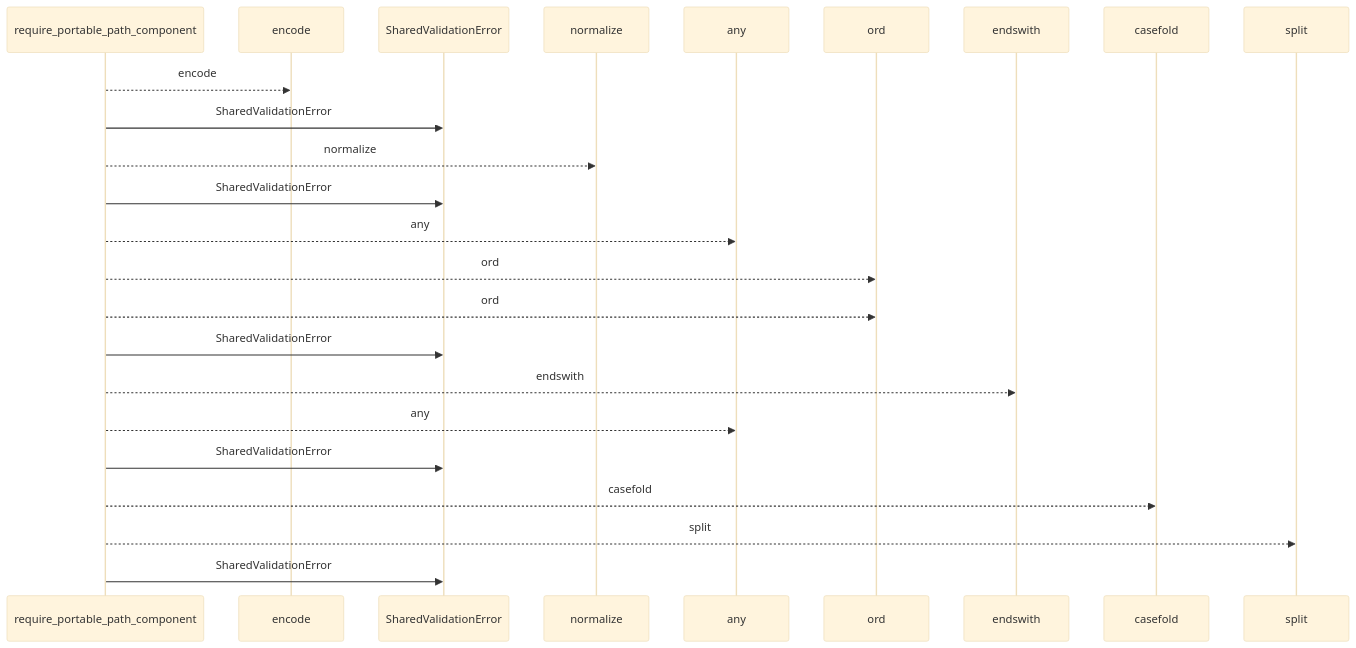
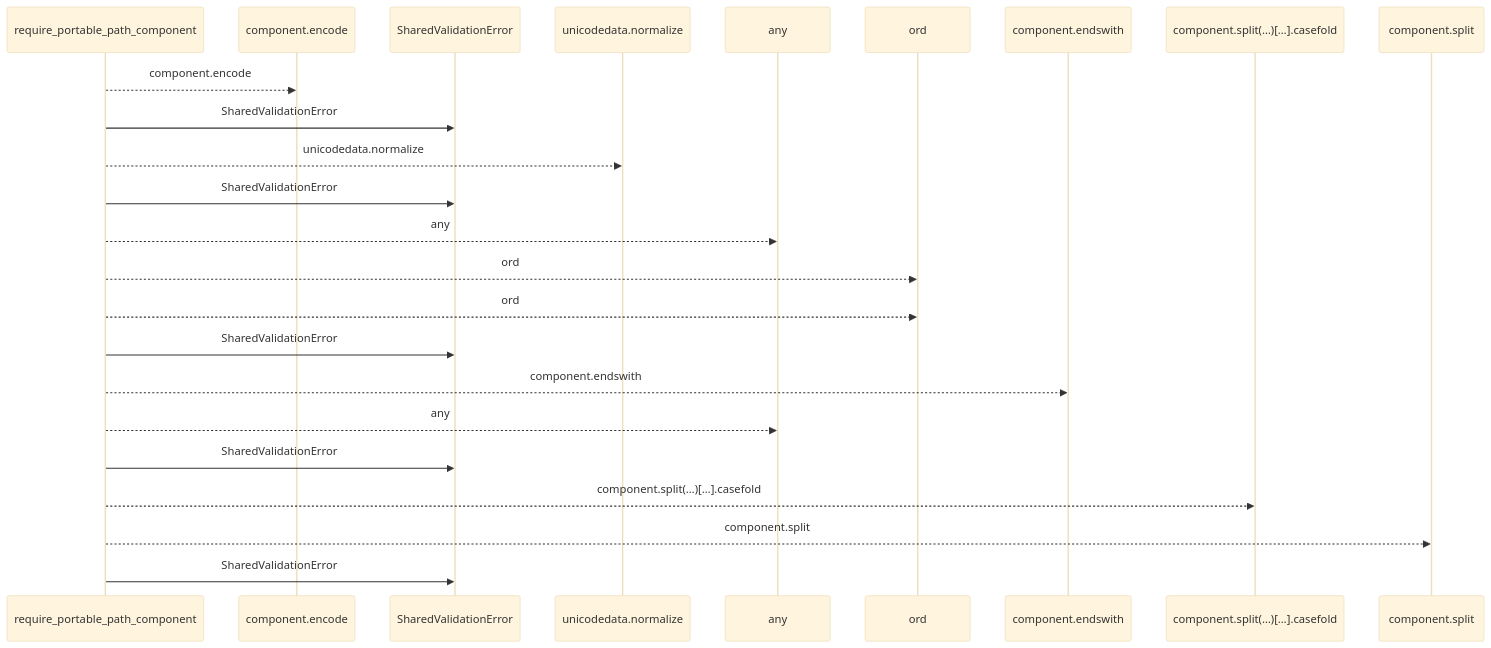
Before and after one commit to Denissvgn/python-wiki-llm: the first of 2 diagrams in docs/llm_wiki/flows/api-require_portable_path_component.md, drawn with Mermaid (base theme). The commit also changed other lines of this file and 719 other files, not shown here.

````diff
--- a/docs/llm_wiki/flows/api-require_portable_path_component.md
+++ b/docs/llm_wiki/flows/api-require_portable_path_component.md
@@ -10,26 +10,26 @@
 ```mermaid
 sequenceDiagram
     participant p0 as require_portable_path_component
-    participant p1 as encode
+    participant p1 as component.encode
     participant p2 as SharedValidationError
-    participant p3 as normalize
+    participant p3 as unicodedata.normalize
     participant p4 as any
     participant p5 as ord
-    participant p6 as endswith
-    participant p7 as casefold
-    participant p8 as split
-    p0-->>p1: encode
+    participant p6 as component.endswith
+    participant p7 as component.split(…)[…].casefold
+    participant p8 as component.split
+    p0-->>p1: component.encode
     p0->>p2: SharedValidationError
-    p0-->>p3: normalize
+    p0-->>p3: unicodedata.normalize
     p0->>p2: SharedValidationError
     p0-->>p4: any
     p0-->>p5: ord
     p0-->>p5: ord
     p0->>p2: SharedValidationError
-    p0-->>p6: endswith
+    p0-->>p6: component.endswith
     p0-->>p4: any
     p0->>p2: SharedValidationError
-    p0-->>p7: casefold
-    p0-->>p8: split
+    p0-->>p7: component.split(…)[…].casefold
+    p0-->>p8: component.split
     p0->>p2: SharedValidationError
 ```
````
